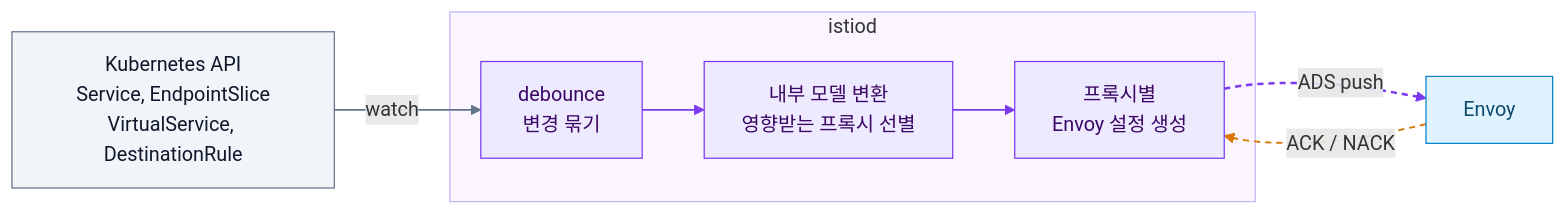
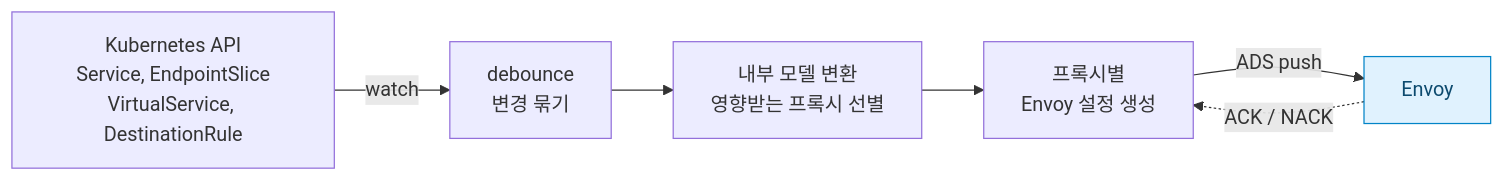
Before and after one commit to ChanghwanK/ChanghwanK.github.io: the sixth of 6 diagrams in content/posts/2026-09-26-istio-envoy-xds/index.md, drawn with Mermaid. The commit also changed other lines of this file, not shown here.

First line of the commit message:
content(blog): tone diagrams down to a single blue accent

````diff
--- a/content/posts/2026-09-26-istio-envoy-xds/index.md
+++ b/content/posts/2026-09-26-istio-envoy-xds/index.md
@@ -268,22 +224,11 @@
 ```mermaid
 flowchart LR
-  K["Kubernetes API<br/>Service, EndpointSlice<br/>VirtualService, DestinationRule"] -->|watch| D
-  subgraph ISTIOD["istiod"]
-    D["debounce<br/>변경 묶기"] --> M["내부 모델 변환<br/>영향받는 프록시 선별"] --> G["프록시별<br/>Envoy 설정 생성"]
-  end
+  K["Kubernetes API<br/>Service, EndpointSlice<br/>VirtualService, DestinationRule"] -->|watch| D["debounce<br/>변경 묶기"]
+  D --> M["내부 모델 변환<br/>영향받는 프록시 선별"]
+  M --> G["프록시별<br/>Envoy 설정 생성"]
   G -->|"ADS push"| E["Envoy"]
-  E -->|"ACK / NACK"| G
+  E -.->|"ACK / NACK"| G
 
-  classDef source fill:#f1f5f9,stroke:#64748b,color:#0f172a
-  classDef control fill:#ede9fe,stroke:#7c3aed,color:#3b0764
-  classDef proxy fill:#e0f2fe,stroke:#0284c7,color:#0c4a6e
-  class K source
-  class D,M,G control
-  class E proxy
-  style ISTIOD fill:#faf5ff,stroke:#c4b5fd
-
-  linkStyle 0 stroke:#64748b,stroke-width:1.5px
-  linkStyle 1,2 stroke:#7c3aed,stroke-width:1.5px
-  linkStyle 3 stroke:#7c3aed,stroke-width:2px,stroke-dasharray:5 4
-  linkStyle 4 stroke:#d97706,stroke-width:1.5px,stroke-dasharray:5 4
+  classDef accent fill:#e0f2fe,stroke:#0284c7,color:#0c4a6e
+  class E accent
 ```
````
